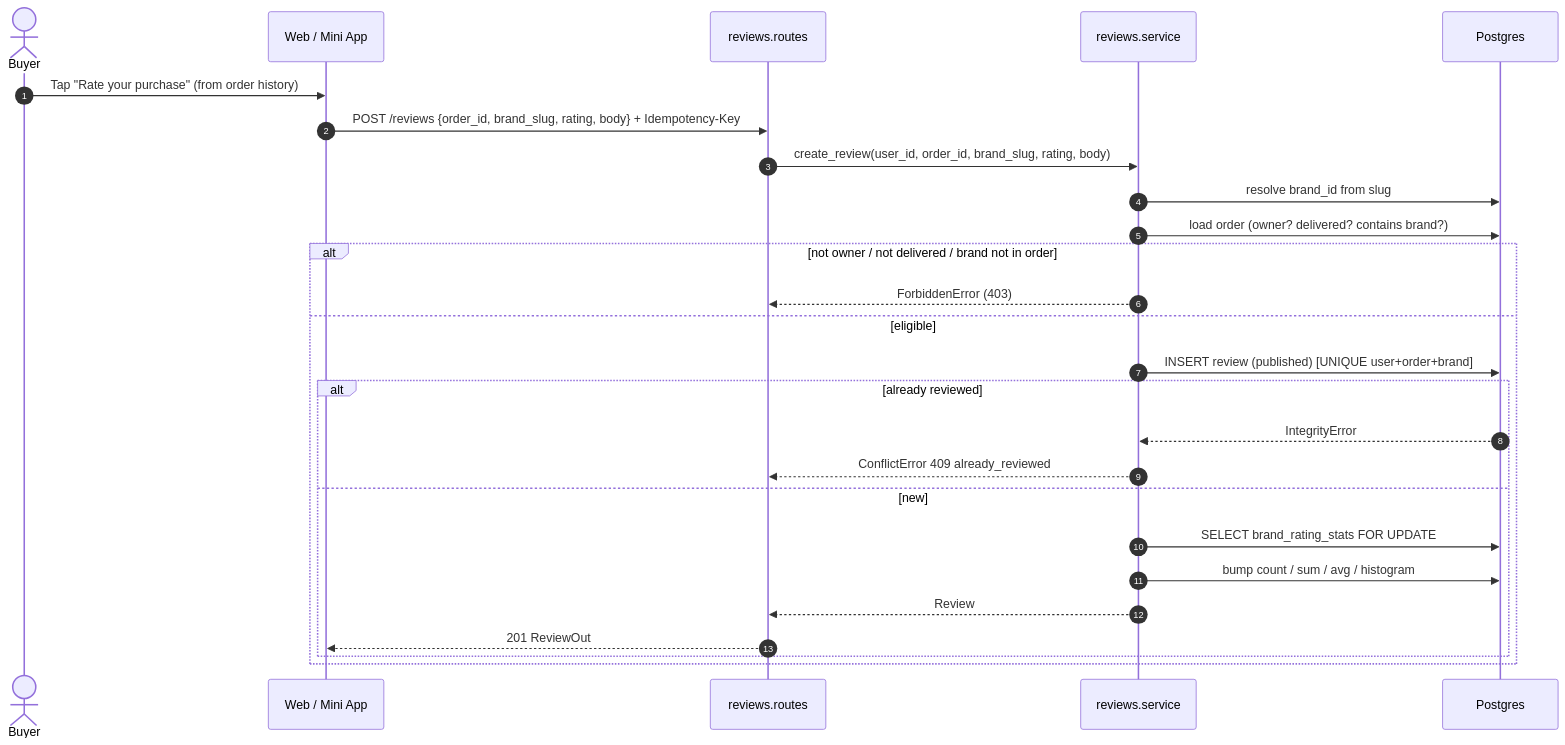
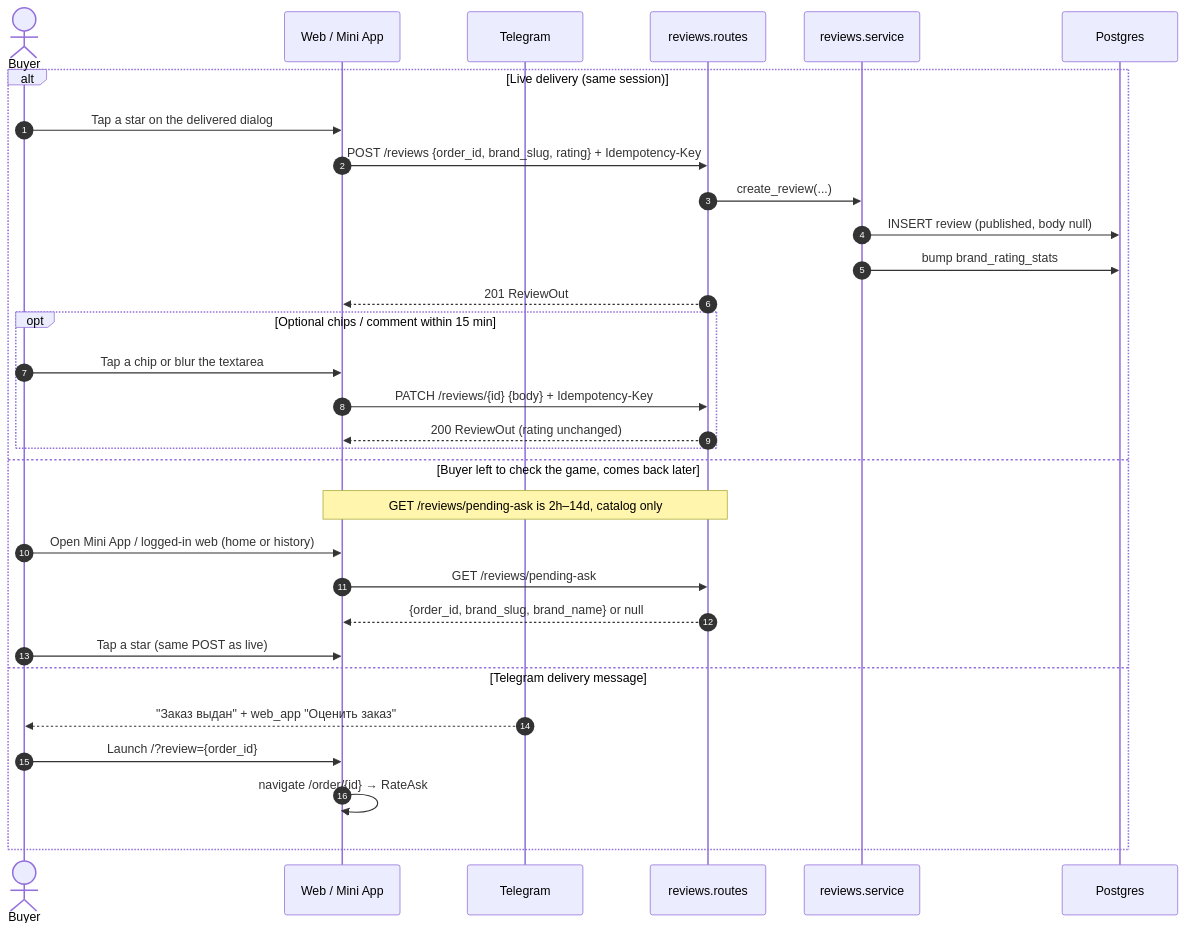
One commit to jamaomonov/yupay changed the diagram in docs/architecture/sequence-diagrams/leave-review.mmd. Above: the diagram before and after it, drawn with Mermaid. The commit also changed 49 other files, not shown here.

First line of the commit message:
feat(reviews): ask after the buyer has checked the delivery

```diff
--- a/docs/architecture/sequence-diagrams/leave-review.mmd
+++ b/docs/architecture/sequence-diagrams/leave-review.mmd
@@ -1,27 +1,32 @@
 sequenceDiagram
     autonumber
     actor Buyer
-    participant Web as Web / Mini App
+    participant Client as Web / Mini App
+    participant TG as Telegram
     participant API as reviews.routes
     participant Svc as reviews.service
     participant DB as Postgres
 
-    Buyer->>Web: Tap "Rate your purchase" (from order history)
-    Web->>API: POST /reviews {order_id, brand_slug, rating, body} + Idempotency-Key
-    API->>Svc: create_review(user_id, order_id, brand_slug, rating, body)
-    Svc->>DB: resolve brand_id from slug
-    Svc->>DB: load order (owner? delivered? contains brand?)
-    alt not owner / not delivered / brand not in order
-        Svc-->>API: ForbiddenError (403)
-    else eligible
-        Svc->>DB: INSERT review (published) [UNIQUE user+order+brand]
-        alt already reviewed
-            DB-->>Svc: IntegrityError
-            Svc-->>API: ConflictError 409 already_reviewed
-        else new
-            Svc->>DB: SELECT brand_rating_stats FOR UPDATE
-            Svc->>DB: bump count / sum / avg / histogram
-            Svc-->>API: Review
-            API-->>Web: 201 ReviewOut
+    alt Live delivery (same session)
+        Buyer->>Client: Tap a star on the delivered dialog
+        Client->>API: POST /reviews {order_id, brand_slug, rating} + Idempotency-Key
+        API->>Svc: create_review(...)
+        Svc->>DB: INSERT review (published, body null)
+        Svc->>DB: bump brand_rating_stats
+        API-->>Client: 201 ReviewOut
+        opt Optional chips / comment within 15 min
+            Buyer->>Client: Tap a chip or blur the textarea
+            Client->>API: PATCH /reviews/{id} {body} + Idempotency-Key
+            API-->>Client: 200 ReviewOut (rating unchanged)
         end
+    else Buyer left to check the game, comes back later
+        Note over Client,API: GET /reviews/pending-ask is 2h–14d, catalog only
+        Buyer->>Client: Open Mini App / logged-in web (home or history)
+        Client->>API: GET /reviews/pending-ask
+        API-->>Client: {order_id, brand_slug, brand_name} or null
+        Buyer->>Client: Tap a star (same POST as live)
+    else Telegram delivery message
+        TG-->>Buyer: "Заказ выдан" + web_app "Оценить заказ"
+        Buyer->>Client: Launch /?review={order_id}
+        Client->>Client: navigate /order/{id} → RateAsk
     end
```
